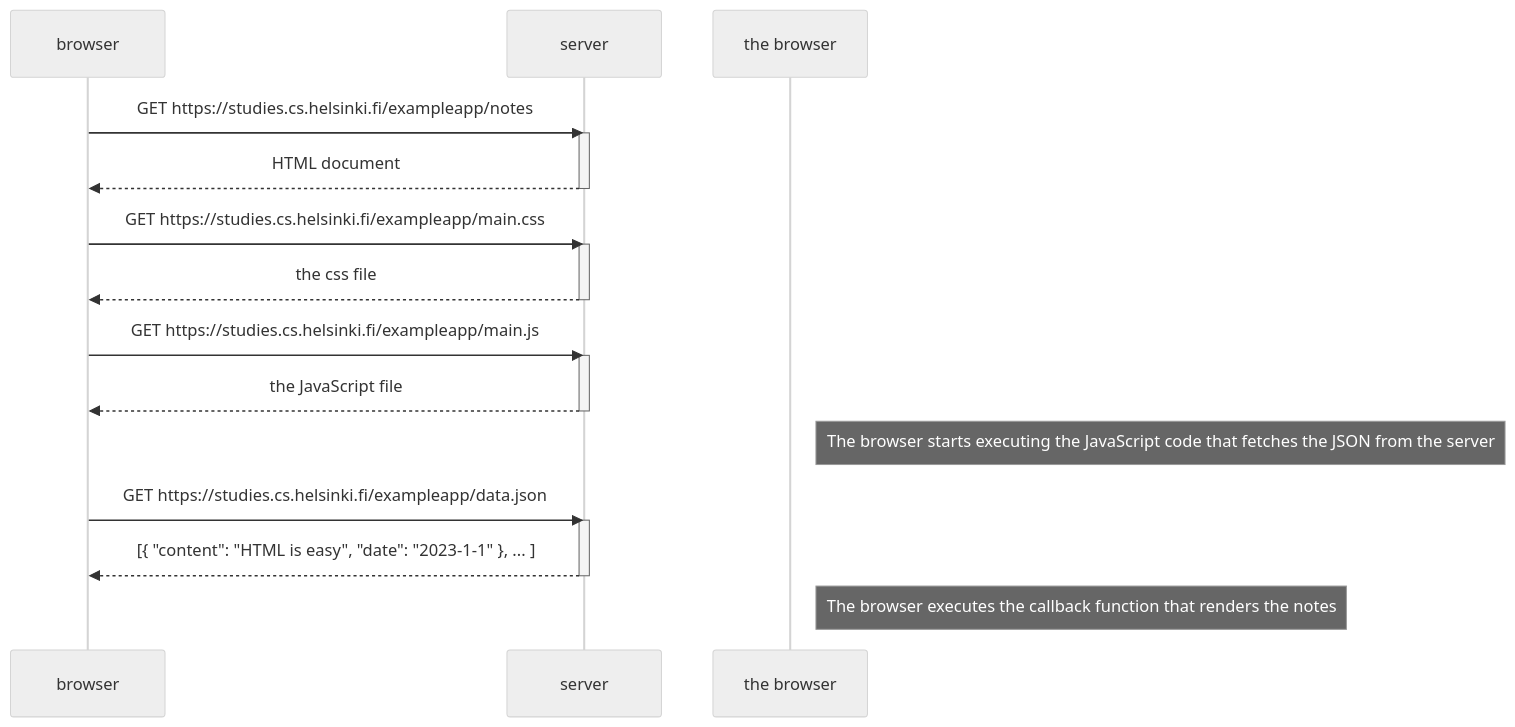
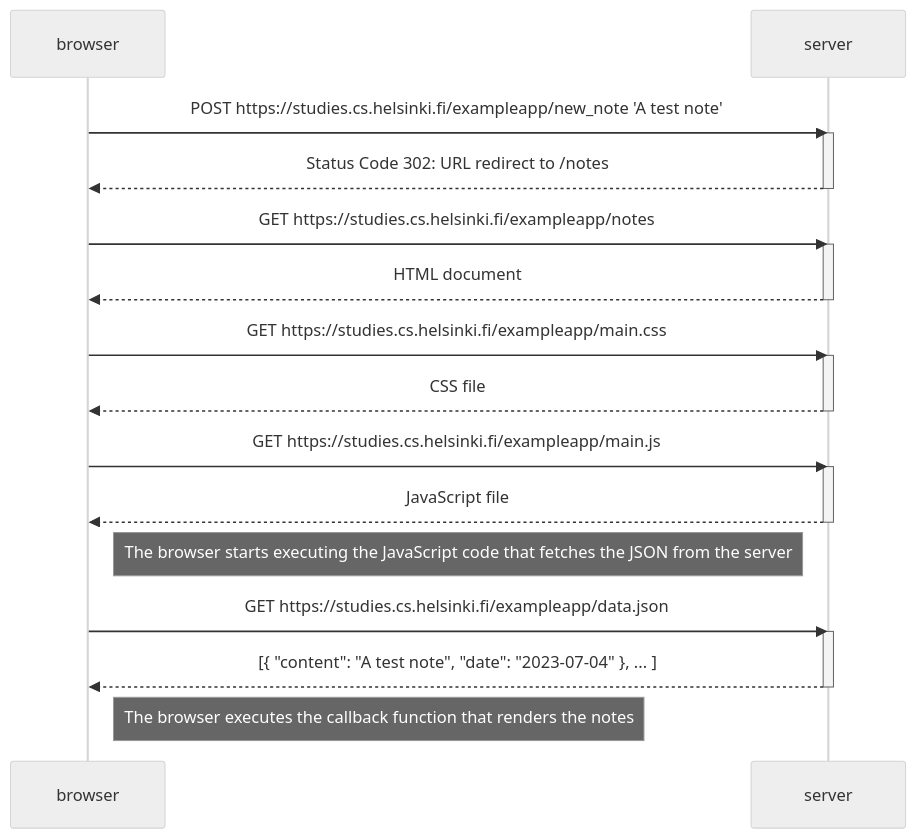
The diagram in part0/newnotes-diagram.md (JulianJB/fs-open), drawn with Mermaid (neutral theme) before and after one commit.

Commit message:
Exercise 0.4: Update newnotes-diagram with sequence diagram for creating a new note

````diff
--- a/part0/newnotes-diagram.md
+++ b/part0/newnotes-diagram.md
@@ -1,29 +1,34 @@
 ```mermaid
 sequenceDiagram
     participant browser
     participant server
 
+    browser->>server: POST https://studies.cs.helsinki.fi/exampleapp/new_note 'A test note'
+    activate server
+    server-->>browser: Status Code 302: URL redirect to /notes
+    deactivate server
+
     browser->>server: GET https://studies.cs.helsinki.fi/exampleapp/notes
     activate server
     server-->>browser: HTML document
     deactivate server
-
+    
     browser->>server: GET https://studies.cs.helsinki.fi/exampleapp/main.css
     activate server
-    server-->>browser: the css file
+    server-->>browser: CSS file
     deactivate server
 
     browser->>server: GET https://studies.cs.helsinki.fi/exampleapp/main.js
     activate server
-    server-->>browser: the JavaScript file
+    server-->>browser: JavaScript file
     deactivate server
 
-    Note right of the browser: The browser starts executing the JavaScript code that fetches the JSON from the server
+    Note right of browser: The browser starts executing the JavaScript code that fetches the JSON from the server
 
     browser->>server: GET https://studies.cs.helsinki.fi/exampleapp/data.json
     activate server
-    server-->>browser: [{ "content": "HTML is easy", "date": "2023-1-1" }, ... ]
+    server-->>browser: [{ "content": "A test note", "date": "2023-07-04" }, ... ]
     deactivate server
 
-    Note right of the browser: The browser executes the callback function that renders the notes
+    Note right of browser: The browser executes the callback function that renders the notes
 ```
````
